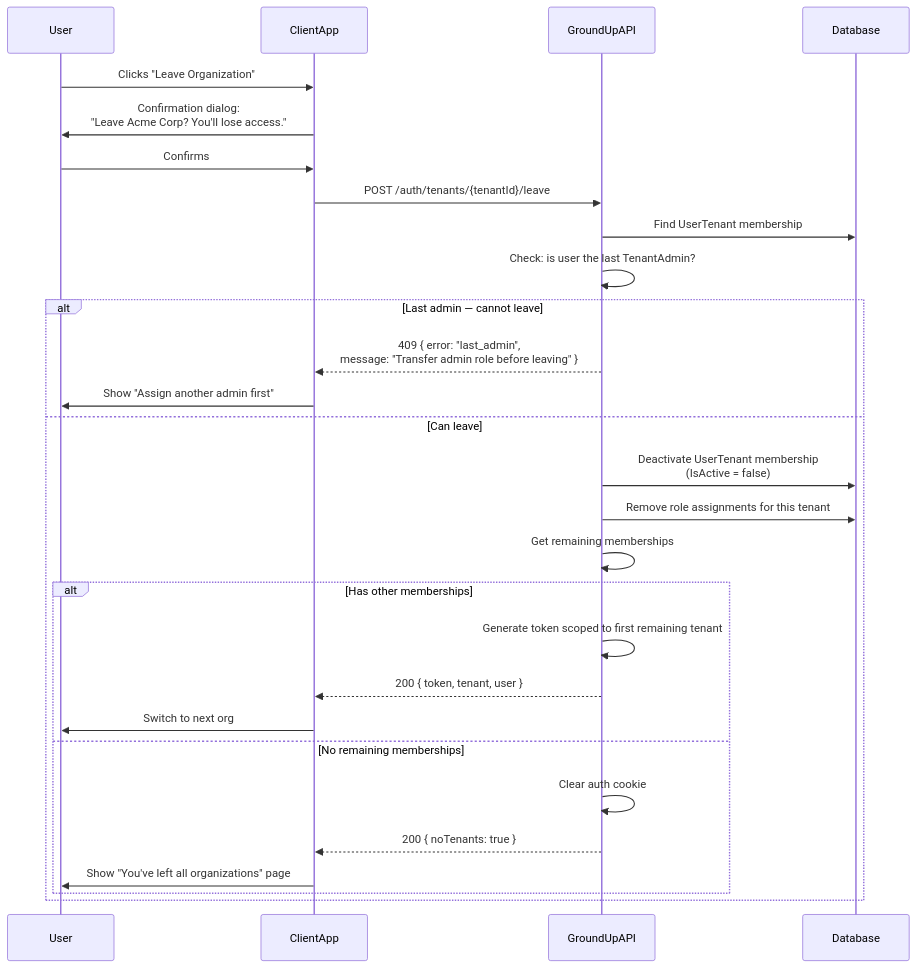
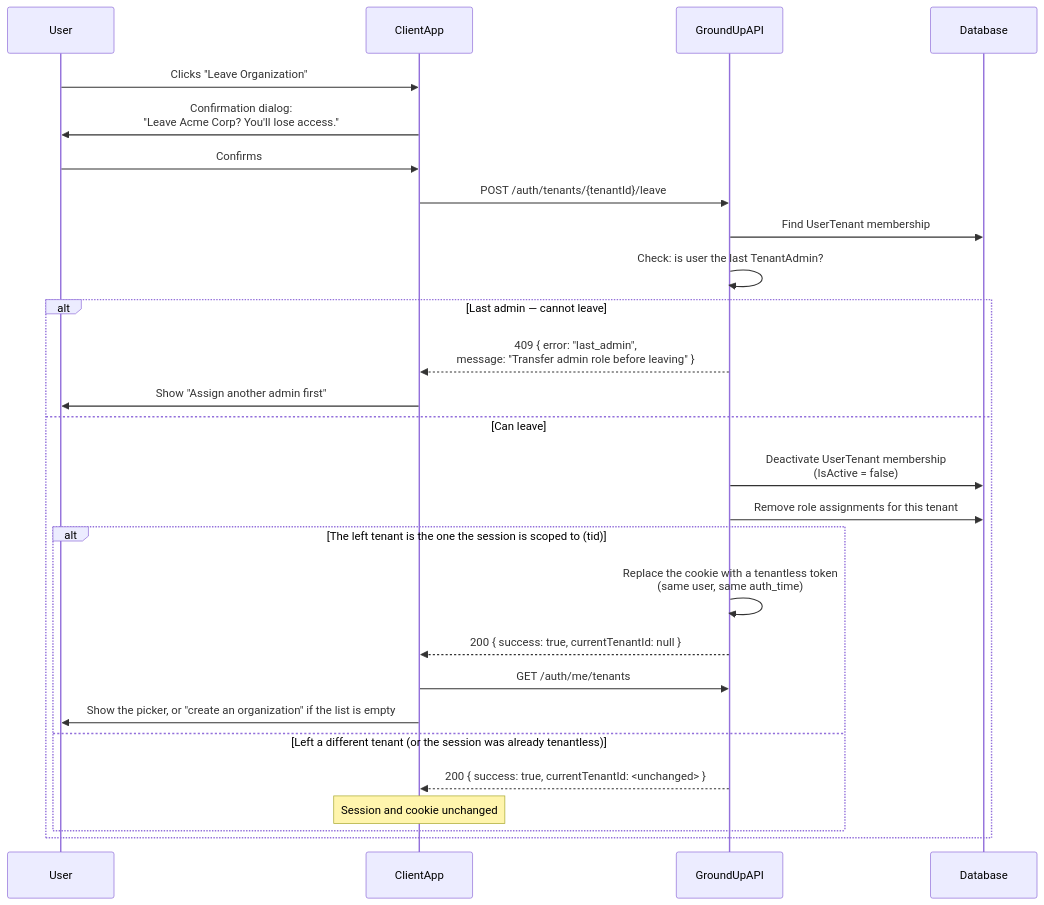
Diagram 13 of 23 in .kiro/specs/phase-10-cleanup/auth-flows-design.md (rsbst23/groundup), drawn with Mermaid before and after one commit. The commit also changed other lines of this file and 3 other files, not shown here.

Commit message:
docs(auth): tenantless sessions in the flow design and manual testing guide

````diff
--- a/.kiro/specs/phase-10-cleanup/auth-flows-design.md
+++ b/.kiro/specs/phase-10-cleanup/auth-flows-design.md
@@ -660,31 +660,30 @@
 ```mermaid
 sequenceDiagram
     participant User
     participant ClientApp
     participant GroundUpAPI
     participant Database
 
     User->>ClientApp: Clicks "Leave Organization"
     ClientApp->>User: Confirmation dialog:<br/>"Leave Acme Corp? You'll lose access."
     User->>ClientApp: Confirms
     ClientApp->>GroundUpAPI: POST /auth/tenants/{tenantId}/leave
     GroundUpAPI->>Database: Find UserTenant membership
     GroundUpAPI->>GroundUpAPI: Check: is user the last TenantAdmin?
     alt Last admin — cannot leave
         GroundUpAPI-->>ClientApp: 409 { error: "last_admin",<br/>message: "Transfer admin role before leaving" }
         ClientApp->>User: Show "Assign another admin first"
     else Can leave
         GroundUpAPI->>Database: Deactivate UserTenant membership<br/>(IsActive = false)
         GroundUpAPI->>Database: Remove role assignments for this tenant
-        GroundUpAPI->>GroundUpAPI: Get remaining memberships
-        alt Has other memberships
-            GroundUpAPI->>GroundUpAPI: Generate token scoped to first remaining tenant
-            GroundUpAPI-->>ClientApp: 200 { token, tenant, user }
-            ClientApp->>User: Switch to next org
-        else No remaining memberships
-            GroundUpAPI->>GroundUpAPI: Clear auth cookie
-            GroundUpAPI-->>ClientApp: 200 { noTenants: true }
-            ClientApp->>User: Show "You've left all organizations" page
+        alt The left tenant is the one the session is scoped to (tid)
+            GroundUpAPI->>GroundUpAPI: Replace the cookie with a tenantless token<br/>(same user, same auth_time)
+            GroundUpAPI-->>ClientApp: 200 { success: true, currentTenantId: null }
+            ClientApp->>GroundUpAPI: GET /auth/me/tenants
+            ClientApp->>User: Show the picker, or "create an organization" if the list is empty
+        else Left a different tenant (or the session was already tenantless)
+            GroundUpAPI-->>ClientApp: 200 { success: true, currentTenantId: <unchanged> }
+            Note over ClientApp: Session and cookie unchanged
         end
     end
 ```
````
